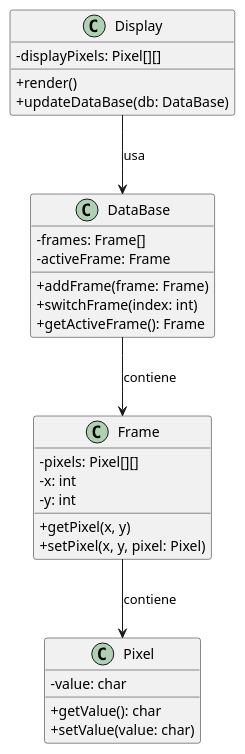
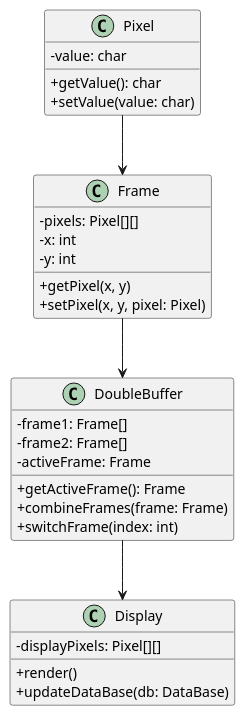
One commit to mmasias/24-25-EDA2 changed the diagram in entregas/rodriguezJavier/Reto-000/diagrama.puml. Above: the diagram before and after it, drawn with PlantUML. The commit also changed 1 other file, not shown here.

Commit message:
el archivo .puml corregido y el diagrama nuevo correcto

```diff
--- a/entregas/rodriguezJavier/Reto-000/diagrama.puml
+++ b/entregas/rodriguezJavier/Reto-000/diagrama.puml
@@ -1,36 +1,37 @@
 @startuml
 skinparam classAttributeIconSize 0
 
 class Pixel {
     - value: char
     + getValue(): char
     + setValue(value: char)
 }
 
 class Frame {
     - pixels: Pixel[][]
     - x: int
     - y: int
     + getPixel(x, y)
     + setPixel(x, y, pixel: Pixel)
 }
 
-class DataBase {
-    - frames: Frame[]
+class DoubleBuffer {
+    - frame1: Frame[]
+    - frame2: Frame[]
     - activeFrame: Frame
-    + addFrame(frame: Frame)
+    + getActiveFrame(): Frame
+    + combineFrames(frame: Frame)
     + switchFrame(index: int)
-    + getActiveFrame(): Frame
 }
 
 class Display {
     - displayPixels: Pixel[][]
     + render()
     + updateDataBase(db: DataBase)
 }
 
-Display --> DataBase : usa
-DataBase --> Frame : contiene
-Frame --> Pixel : contiene
+Pixel --> Frame
+Frame --> DoubleBuffer
+DoubleBuffer --> Display
 
 @enduml
```
